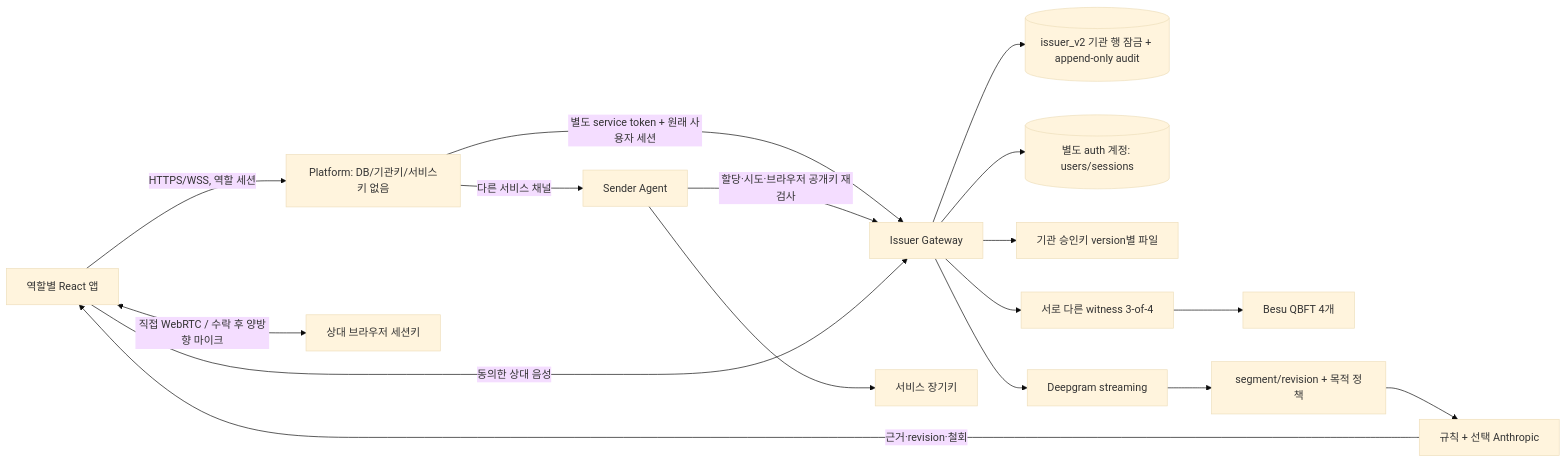
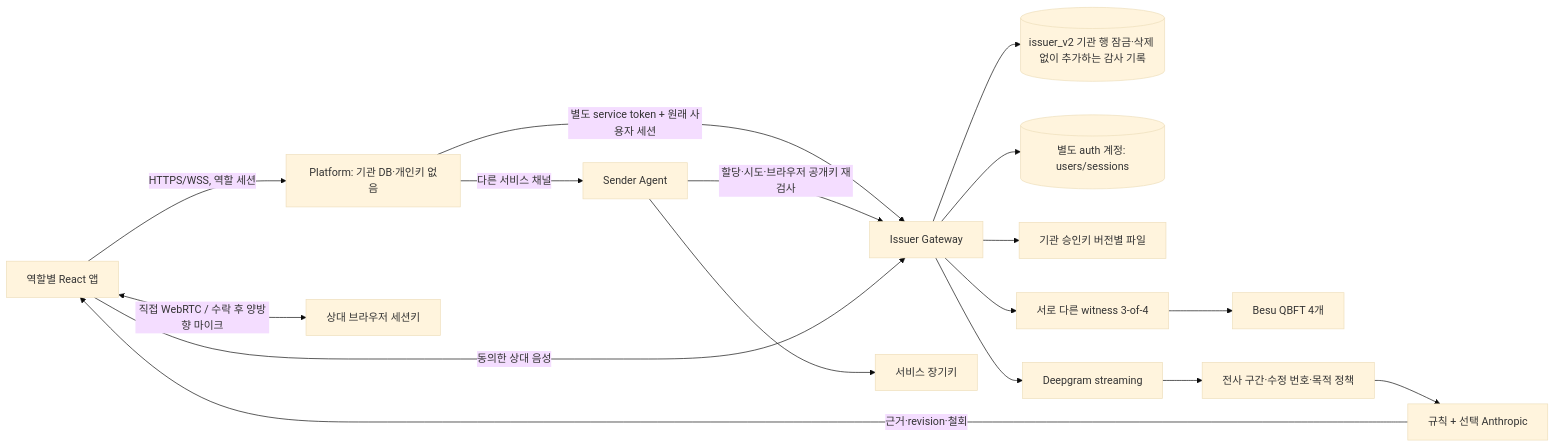
One commit to 0u-Y/CallSign changed the first of 2 diagrams in docs/ARCHITECTURE.md. Above: the diagram before and after it, drawn with Mermaid (base theme). The commit also changed other lines of this file and 20 other files, not shown here.

````diff
--- a/docs/ARCHITECTURE.md
+++ b/docs/ARCHITECTURE.md
@@ -11,19 +13,19 @@
 ```mermaid
 flowchart LR
-  UI[역할별 React 앱] -->|HTTPS/WSS, 역할 세션| P[Platform: DB/기관키/서비스키 없음]
+  UI[역할별 React 앱] -->|HTTPS/WSS, 역할 세션| P[Platform: 기관 DB·개인키 없음]
   P -->|별도 service token + 원래 사용자 세션| I[Issuer Gateway]
   P -->|다른 서비스 채널| S[Sender Agent]
   S -->|할당·시도·브라우저 공개키 재검사| I
-  I --> A[(issuer_v2 기관 행 잠금 + append-only audit)]
+  I --> A[(issuer_v2 기관 행 잠금·삭제 없이 추가하는 감사 기록)]
   I --> U[(별도 auth 계정: users/sessions)]
   S --> SK[서비스 장기키]
-  I --> IK[기관 승인키 version별 파일]
+  I --> IK[기관 승인키 버전별 파일]
   I --> W[서로 다른 witness 3-of-4]
   W --> B[Besu QBFT 4개]
   UI <-->|직접 WebRTC / 수락 후 양방향 마이크| PEER[상대 브라우저 세션키]
   UI -->|동의한 상대 음성| I
   I --> STT[Deepgram streaming]
-  STT --> REV[segment/revision + 목적 정책]
+  STT --> REV[전사 구간·수정 번호·목적 정책]
   REV --> RULE[규칙 + 선택 Anthropic]
   RULE -->|근거·revision·철회| UI
 ```
````
